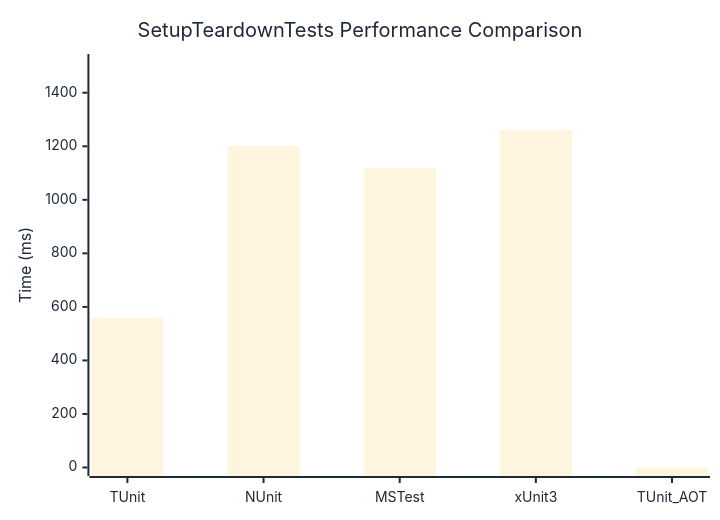
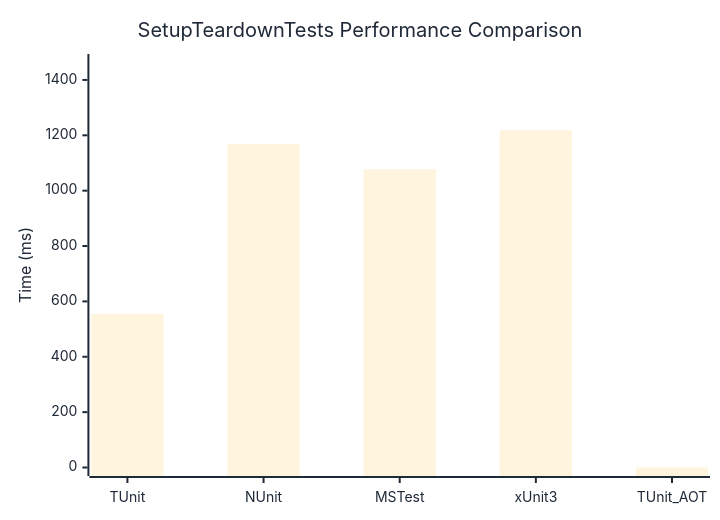
One commit to weiyilai/TUnit changed the diagram in docs/docs/benchmarks/SetupTeardownTests.md. Above: the diagram before and after it, drawn with Mermaid. The commit also changed other lines of this file and 17 other files, not shown here.

````diff
--- a/docs/docs/benchmarks/SetupTeardownTests.md
+++ b/docs/docs/benchmarks/SetupTeardownTests.md
@@ -27,37 +27,37 @@
 ```mermaid
 %%{init: {
   'theme':'base',
   'themeVariables': {
     'primaryColor': '#2563eb',
     'primaryTextColor': '#1f2937',
     'primaryBorderColor': '#1e40af',
     'lineColor': '#6b7280',
     'secondaryColor': '#7c3aed',
     'tertiaryColor': '#dc2626',
     'background': '#ffffff',
     'mainBkg': '#2563eb',
     'secondBkg': '#7c3aed',
     'tertiaryBkg': '#dc2626',
     'clusterBkg': '#f3f4f6',
     'edgeLabelBackground': '#ffffff',
     'tertiaryTextColor': '#1f2937',
     'pie1': '#2563eb',
     'pie2': '#7c3aed',
     'pie3': '#dc2626',
     'pie4': '#f59e0b',
     'pie5': '#10b981',
     'pie6': '#06b6d4',
     'pie7': '#ec4899',
     'pie8': '#6366f1',
     'pie9': '#84cc16',
     'pie10': '#f97316',
     'pie11': '#14b8a6',
     'pie12': '#a855f7'
   }
 }}%%
 xychart-beta
   title "SetupTeardownTests Performance Comparison"
   x-axis ["TUnit", "NUnit", "MSTest", "xUnit3", "TUnit_AOT"]
-  y-axis "Time (ms)" 0 --> 1513
-  bar [559.5, 1201.2, 1118.4, 1260.5, 0]
+  y-axis "Time (ms)" 0 --> 1463
+  bar [554.9, 1167.8, 1077.5, 1218.8, 0]
 ```
````
